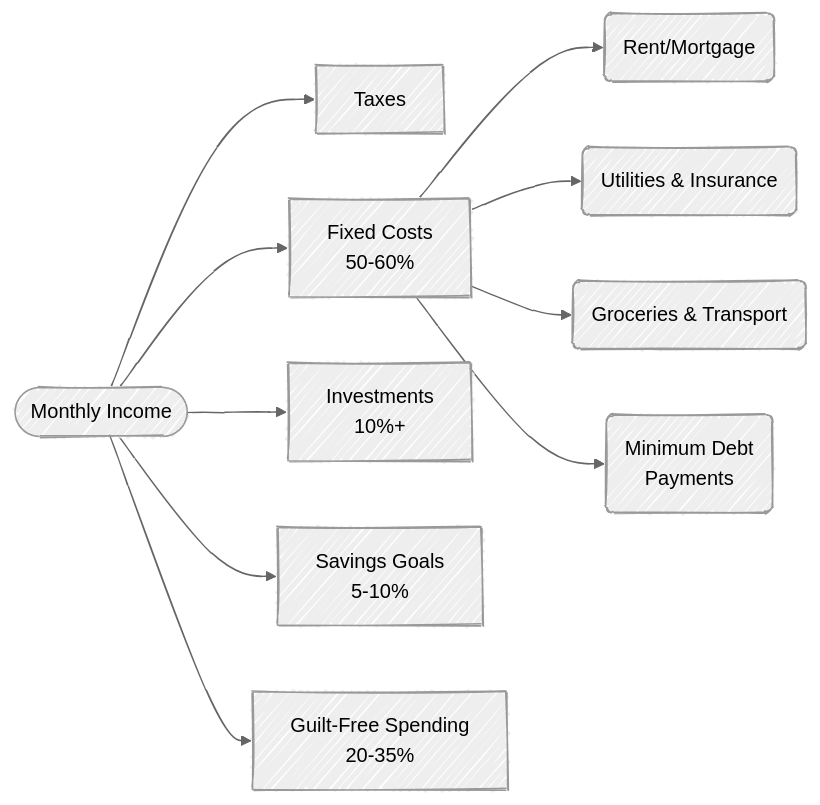
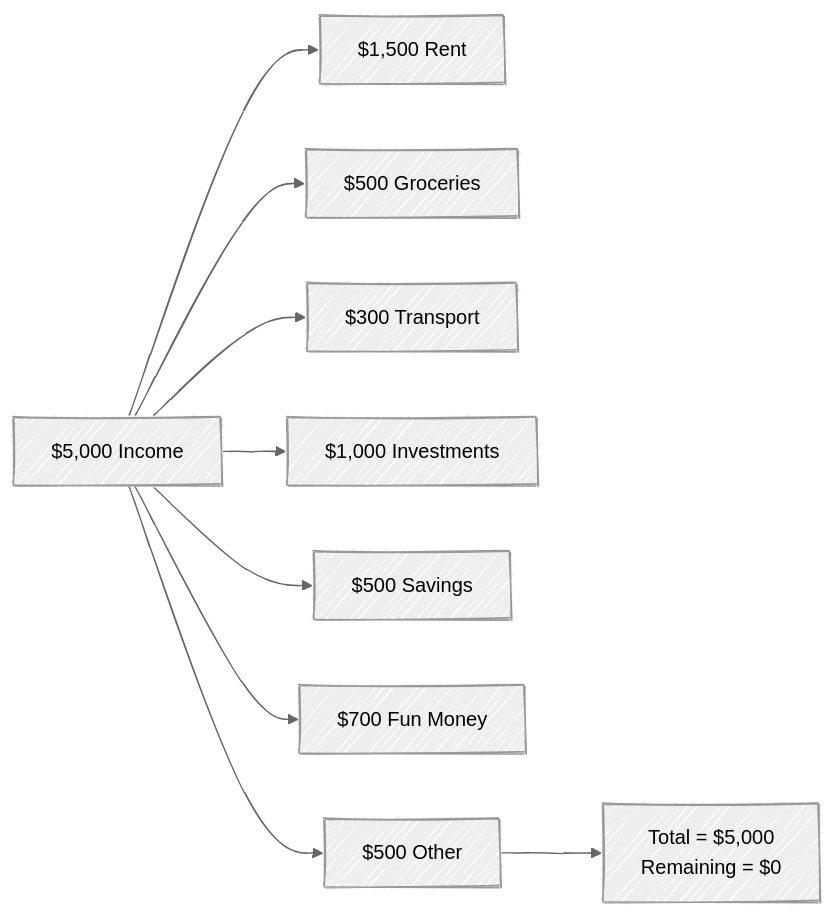
One commit to mjfrigaard/fm-finance changed the third of 6 diagrams in budgeting.qmd. Above: the diagram before and after it, drawn with Mermaid. The commit also changed other lines of this file and 2 other files, not shown here.

````diff
--- a/budgeting.qmd
+++ b/budgeting.qmd
@@ -21,17 +96,15 @@
 ```{mermaid}
-%%| fig-cap: 'Conscious Spending Plan'
+%%| fig-cap: 'Zero-Based Budgeting'
 %%| fig-align: center
 %%{init: {'theme': 'neutral', 'look': 'handDrawn', 'themeVariables': { 'fontFamily': 'monospace', "fontSize":"16px"}}}%%
 
 flowchart LR
-    Income(["Monthly Income"]) --> Taxes["Taxes"]
-    Income --> FixedCosts["Fixed Costs<br/>50-60%"]
-    Income --> Investments["Investments<br/>10%+"]
-    Income --> SavingsGoals["Savings Goals<br/>5-10%"]
-    Income --> GuiltFreeSpend["Guilt-Free Spending<br/>20-35%"]
-    
-    FixedCosts --> Rent("Rent/Mortgage")
-    FixedCosts --> Utilities("Utilities & Insurance")
-    FixedCosts --> Groceries("Groceries & Transport")
-    FixedCosts --> MinDebt("Minimum Debt<br>Payments")
+    Income[$5,000 Income] --> Rent2[$1,500 Rent]
+    Income --> Food[$500 Groceries]
+    Income --> Transport[$300 Transport]
+    Income --> Invest[$1,000 Investments]
+    Income --> Save[$500 Savings]
+    Income --> Fun[$700 Fun Money]
+    Income --> Misc[$500 Other]
+    Misc --> Zero[Total = $5,000<br/>Remaining = $0]
 ```
````
